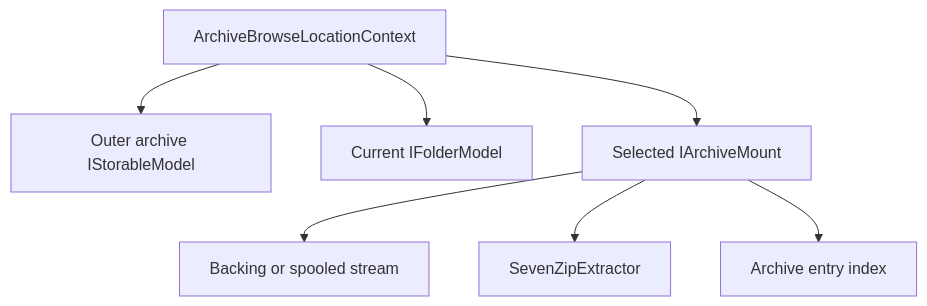
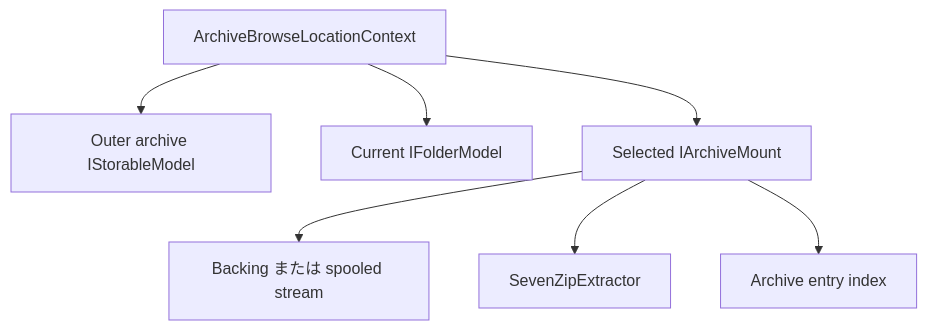
One commit to 0x5bfa/Files changed the third of 3 diagrams in docs/architecture/archives.md. Above: the diagram before and after it, drawn with Mermaid. The commit also changed other lines of this file and 18 other files, not shown here.

Commit message:
Translate architecture docs to Japanese

````diff
--- a/docs/architecture/archives.md
+++ b/docs/architecture/archives.md
@@ -240,17 +210,17 @@
 ```mermaid
 flowchart TB
     Browse["ArchiveBrowseLocationContext"]
     Outer["Outer archive IStorableModel"]
     Folder["Current IFolderModel"]
     Mount["Selected IArchiveMount"]
-    Stream["Backing or spooled stream"]
+    Stream["Backing または spooled stream"]
     Extractor["SevenZipExtractor"]
     Index["Archive entry index"]
 
     Browse --> Outer
     Browse --> Folder
     Browse --> Mount
     Mount --> Stream
     Mount --> Extractor
     Mount --> Index
 ```
````
